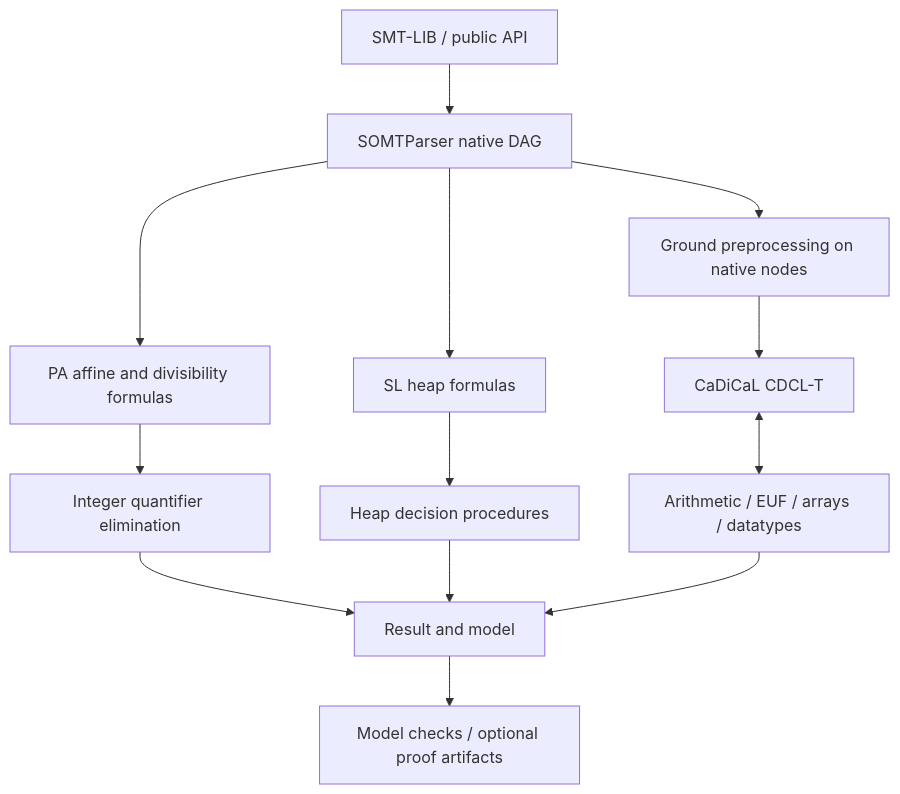
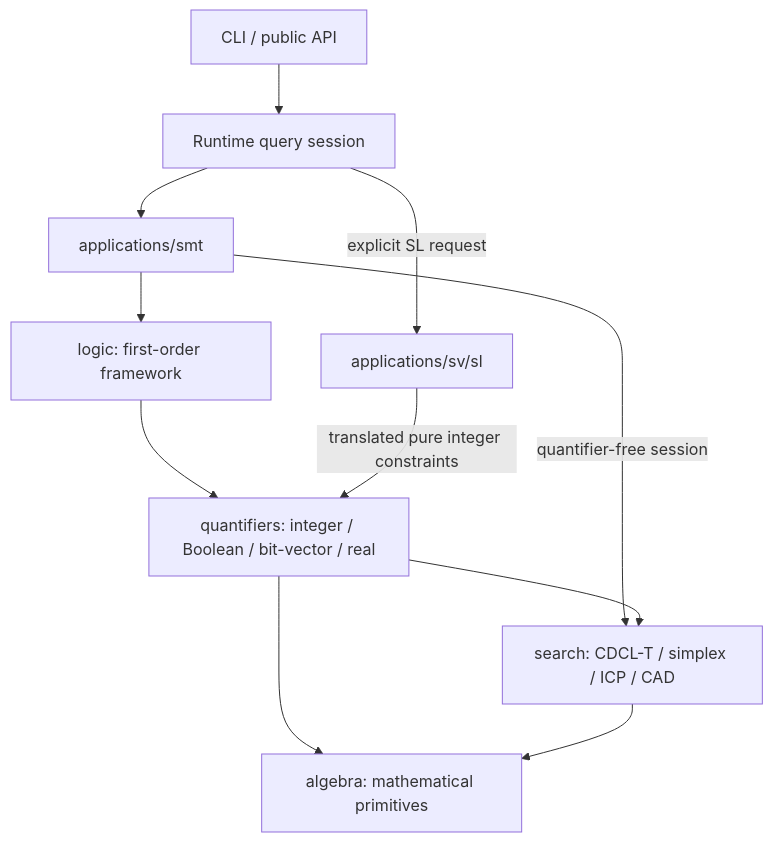
Before and after one commit to fuqi-jia/Xolver: the diagram in README.md, drawn with Mermaid. The commit also changed other lines of this file and 185 other files, not shown here.

````diff
--- a/README.md
+++ b/README.md
@@ -25,15 +25,13 @@
 ```mermaid
 flowchart TD
-    Input[SMT-LIB / public API] --> DAG[SOMTParser native DAG]
-    DAG --> PA[PA affine and divisibility formulas]
-    DAG --> SL[SL heap formulas]
-    DAG --> Ground[Ground preprocessing on native nodes]
-    PA --> QE[Integer quantifier elimination]
-    SL --> Heap[Heap decision procedures]
-    Ground --> SAT[CaDiCaL CDCL-T]
-    SAT <--> Theory[Arithmetic / EUF / arrays / datatypes]
-    QE --> Result[Result and model]
-    Heap --> Result
-    Theory --> Result
-    Result --> Check[Model checks / optional proof artifacts]
+    Input[CLI / public API] --> Session[Runtime query session]
+    Session --> SMT[applications/smt]
+    Session -->|explicit SL request| SL[applications/sv/sl]
+    SMT --> Logic[logic: first-order framework]
+    Logic --> Quantifiers[quantifiers: integer / Boolean / bit-vector / real]
+    SL -->|translated pure integer constraints| Quantifiers
+    SMT -->|quantifier-free session| Search[search: CDCL-T / simplex / ICP / CAD]
+    Quantifiers --> Search
+    Quantifiers --> Algebra[algebra: mathematical primitives]
+    Search --> Algebra
 ```
````
